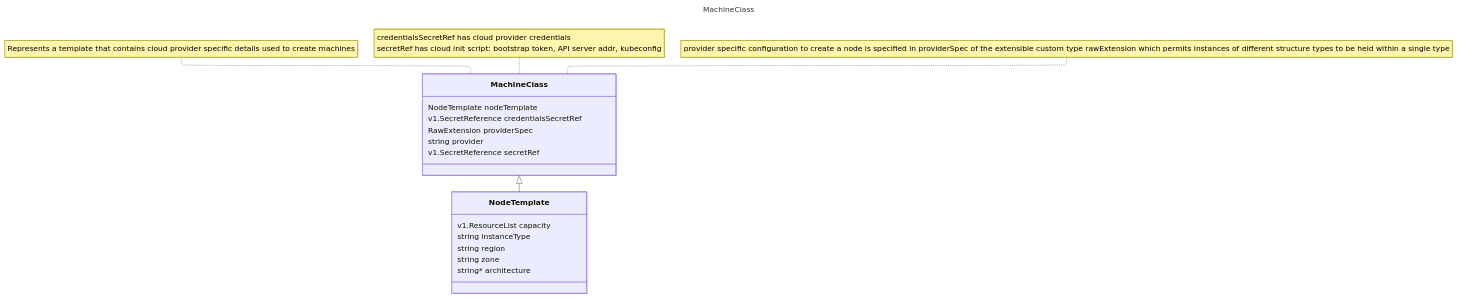
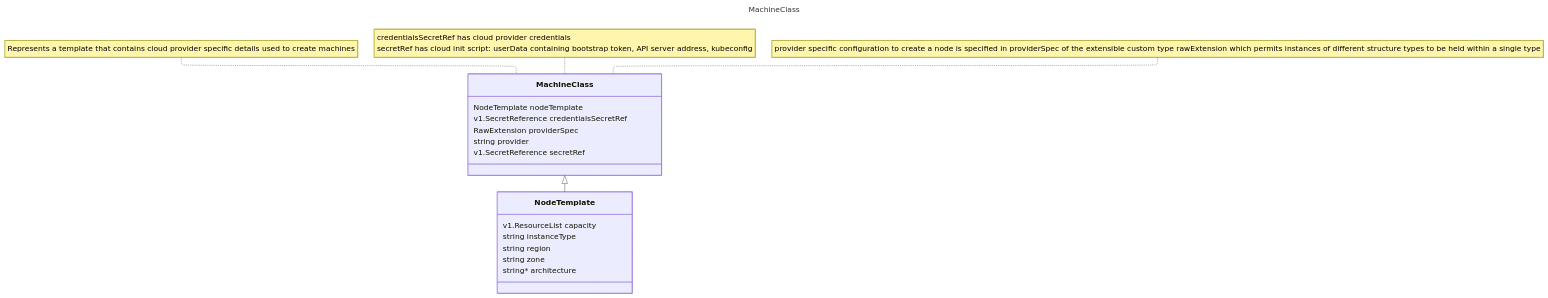
Before and after one commit to brongulus/brongulus.github.io: the second of 6 diagrams in content/notes/20241129T160749--mcm__k8s_sap_work.md, drawn with Mermaid. The commit also changed other lines of this file and 40 other files, not shown here.

Commit message:
MCM doc update, summary flows added

````diff
--- a/content/notes/20241129T160749--mcm__k8s_sap_work.md
+++ b/content/notes/20241129T160749--mcm__k8s_sap_work.md
@@ -112,32 +112,32 @@
 ```mermaid
 ---
 title: MachineClass
 config:
   layout: elk
   class:
     hideEmptyMembersBox: true
 ---
 %%{init: { 'themeVariables': { 'lineColor': '#51565b'}}}%%
 classDiagram
  %% MachineClass ---------------------------------
    note for MachineClass "Represents a template that contains cloud provider specific details used to create machines"
    MachineClass <|-- NodeTemplate
    class MachineClass{
    NodeTemplate nodeTemplate
    v1.SecretReference credentialsSecretRef
    RawExtension providerSpec
    string provider
    v1.SecretReference secretRef
    }
-   note for MachineClass "credentialsSecretRef has cloud provider credentials<br>secretRef has cloud init script: bootstrap token, API server addr, kubeconfig"
+   note for MachineClass "credentialsSecretRef has cloud provider credentials<br>secretRef has cloud init script: userData containing bootstrap token, API server address, kubeconfig"
    note for MachineClass "provider specific configuration to create a node is specified in providerSpec of the extensible custom type rawExtension which permits instances of different structure types to be held within a single type"
 
    class NodeTemplate{
    v1.ResourceList capacity
    string instanceType
    string region
    string zone
    string* architecture
    }
 
 ```
````
